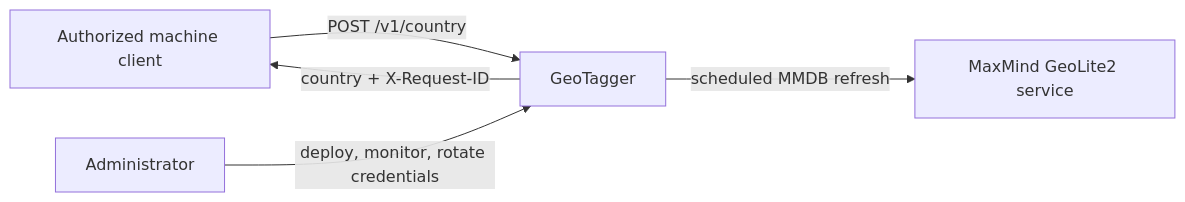
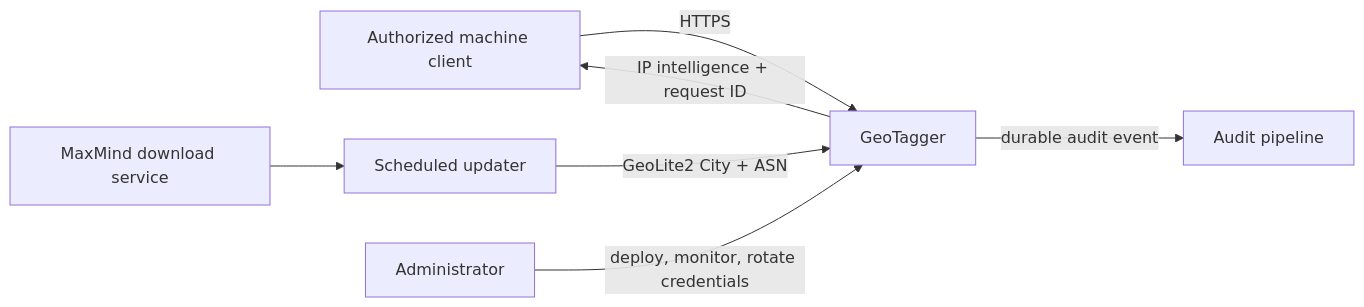
One commit to Jstarzz/geotagger changed the first of 15 diagrams in docs/ARCHITECTURE.md. Above: the diagram before and after it, drawn with Mermaid. The commit also changed other lines of this file, not shown here.

Commit message:
docs: update architecture for City and ASN intelligence

````diff
--- a/docs/ARCHITECTURE.md
+++ b/docs/ARCHITECTURE.md
@@ -28,7 +25,9 @@
 ```mermaid
 flowchart LR
-    CLIENT["Authorized machine client"] -->|"POST /v1/country"| GEO["GeoTagger"]
-    GEO -->|"country + X-Request-ID"| CLIENT
-    GEO -->|"scheduled MMDB refresh"| MAXMIND["MaxMind GeoLite2 service"]
+    CLIENT["Authorized machine client"] -->|"HTTPS"| GEO["GeoTagger"]
+    GEO -->|"IP intelligence + request ID"| CLIENT
+    GEO -->|"durable audit event"| AUDIT["Audit pipeline"]
+    UPDATER["Scheduled updater"] -->|"GeoLite2 City + ASN"| GEO
+    MAXMIND["MaxMind download service"] --> UPDATER
     OPS["Administrator"] -->|"deploy, monitor, rotate credentials"| GEO
 ```
````
